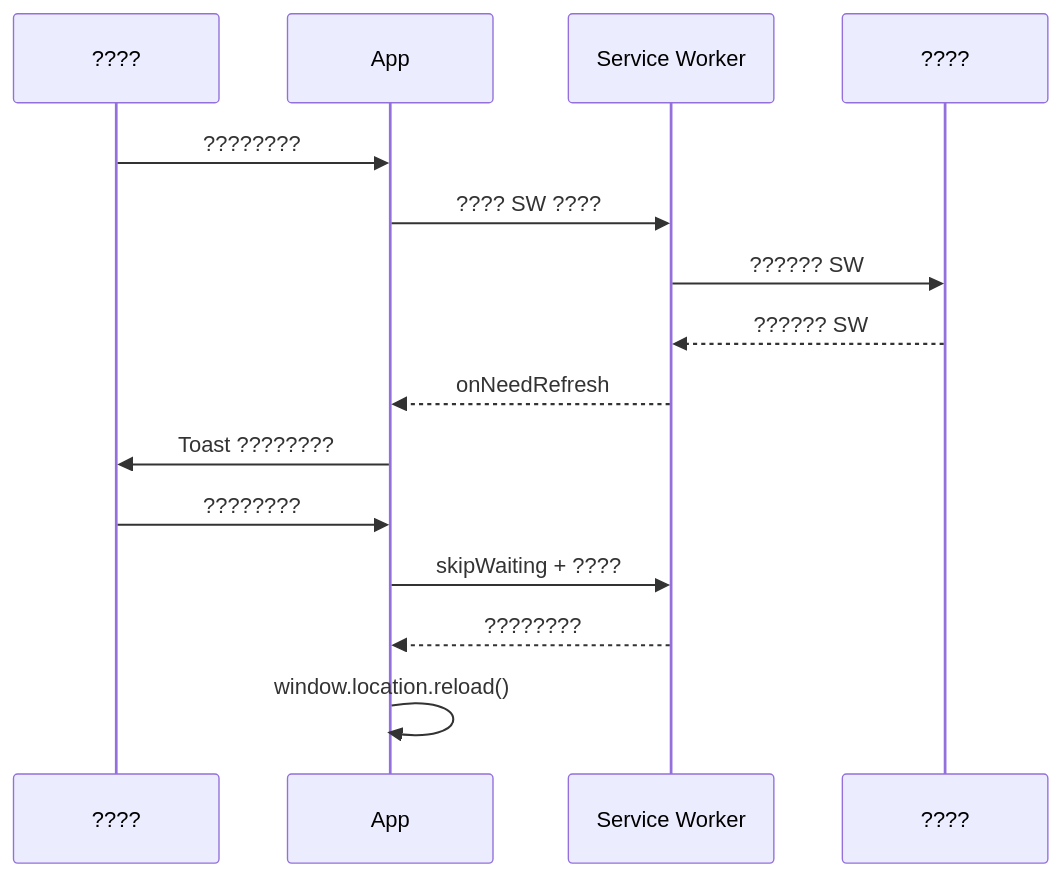
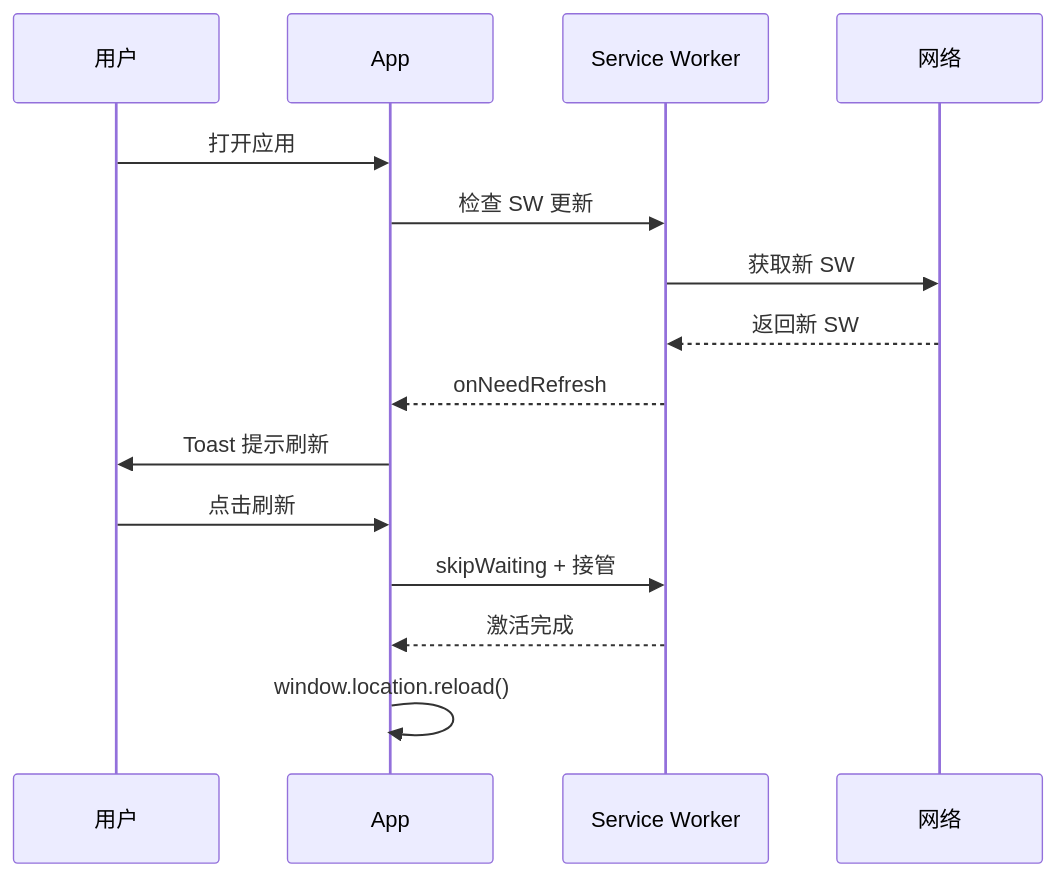
One commit to DHENGHONGYU/- changed the diagram in docs/how-to/pwa-offline-guide.md. Above: the diagram before and after it, drawn with Mermaid. The commit also changed other lines of this file and 849 other files, not shown here.

````diff
--- a/docs/how-to/pwa-offline-guide.md
+++ b/docs/how-to/pwa-offline-guide.md
@@ -160,18 +160,18 @@
 ```mermaid
 sequenceDiagram
-    participant U as ????
+    participant U as 用户
     participant A as App
     participant S as Service Worker
-    participant N as ????
+    participant N as 网络
 
-    U->>A: ????????
-    A->>S: ???? SW ????
-    S->>N: ?????? SW
-    N-->>S: ?????? SW
+    U->>A: 打开应用
+    A->>S: 检查 SW 更新
+    S->>N: 获取新 SW
+    N-->>S: 返回新 SW
     S-->>A: onNeedRefresh
-    A->>U: Toast ????????
-    U->>A: ????????
-    A->>S: skipWaiting + ????
-    S-->>A: ????????
+    A->>U: Toast 提示刷新
+    U->>A: 点击刷新
+    A->>S: skipWaiting + 接管
+    S-->>A: 激活完成
     A->>A: window.location.reload()
 ```
````
